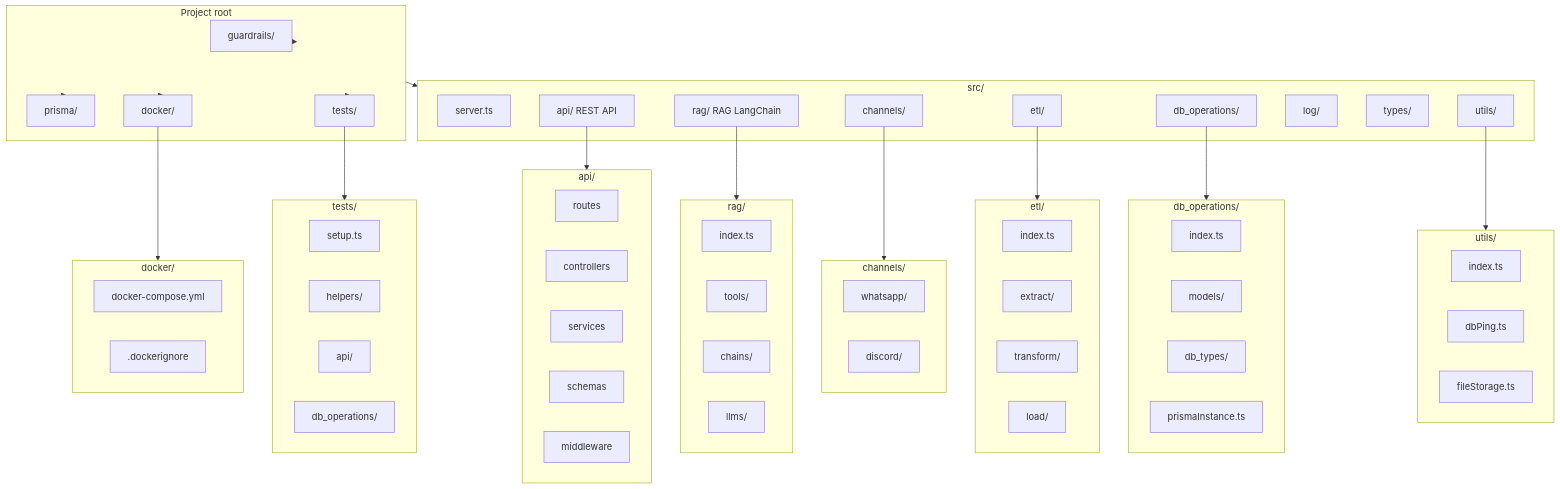
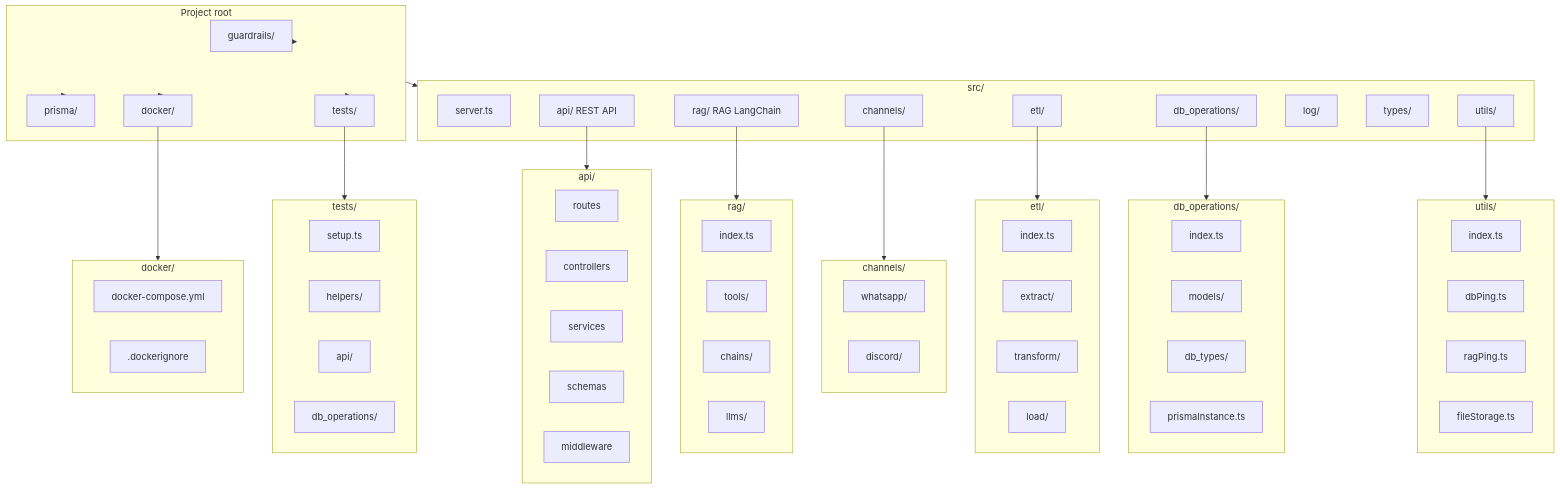
The second of 5 diagrams in docs/project_structure/project-structure.md (sorocode-comunidade/swanytello), drawn with Mermaid before and after one commit. The commit also changed other lines of this file and 22 other files, not shown here.

Commit message:
rag implementation WIP, solving openai auth. updated docs and implemented a ping like funtion to the llm connection

```diff
--- a/docs/project_structure/project-structure.md
+++ b/docs/project_structure/project-structure.md
@@ -132,6 +132,7 @@
   subgraph utils_detail [utils/]
     utils_index[index.ts]
     utils_db_ping[dbPing.ts]
+    utils_rag_ping[ragPing.ts]
     utils_file_storage[fileStorage.ts]
   end
 
```
